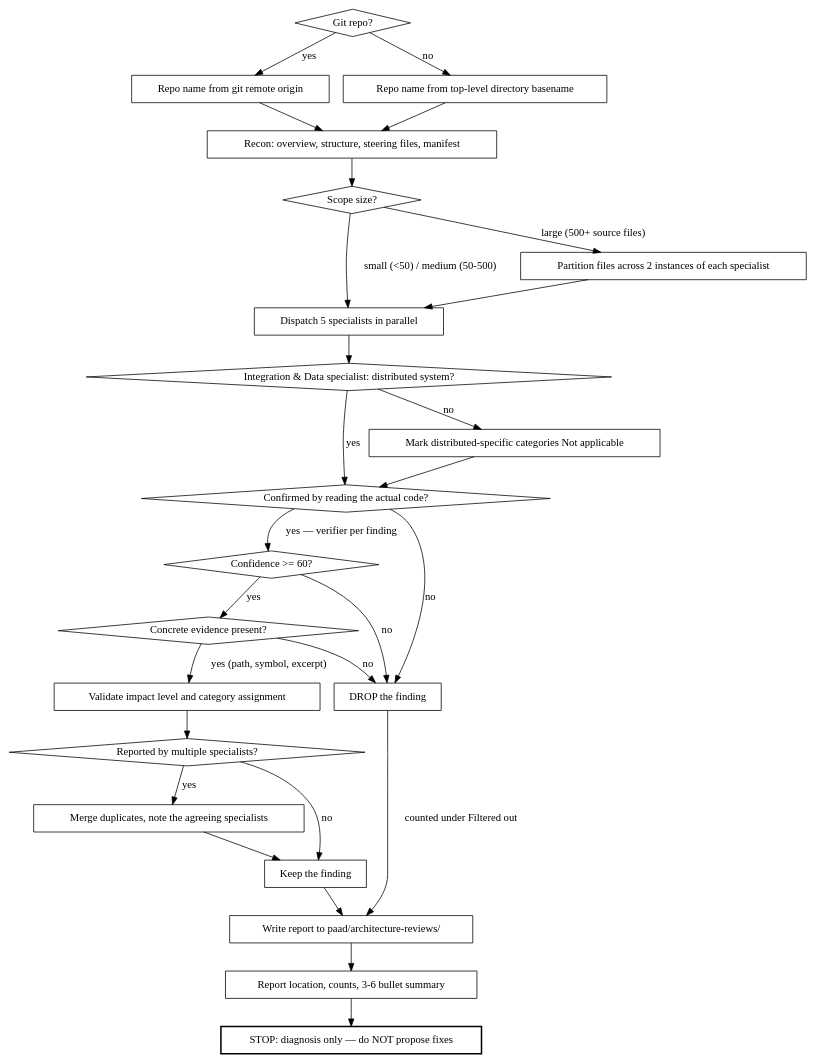
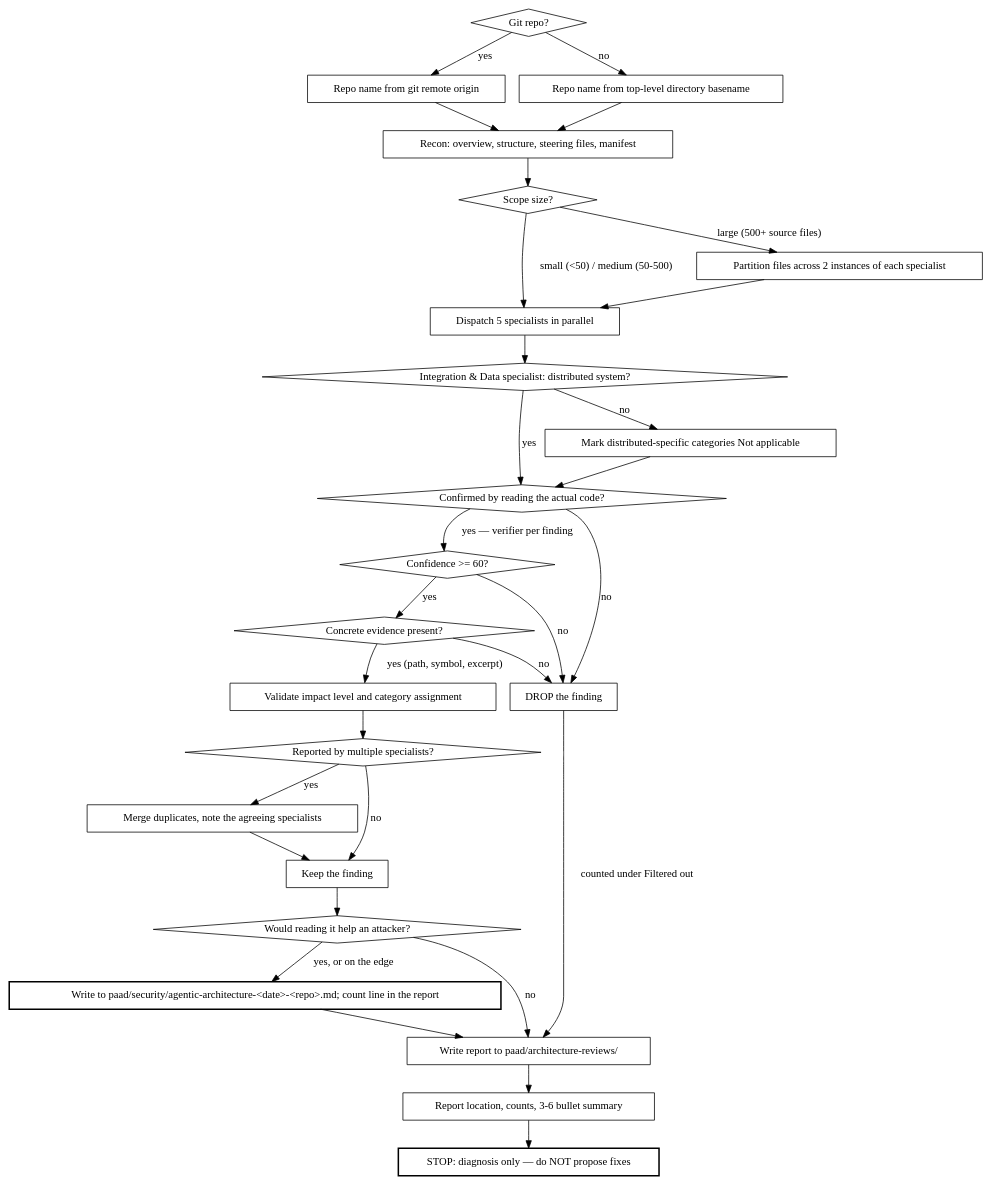
One commit to Ovid/paad changed the second of 2 diagrams in preview/paad/skills/agentic-architecture/SKILL.md. Above: the diagram before and after it, drawn with Graphviz. The commit also changed other lines of this file, not shown here.

Commit message:
agentic-architecture: route security findings to paad/security/
Claude-Session: https://claude.ai/code/session_01A487fo26UJL2VPNT6SLmux

````diff
--- a/preview/paad/skills/agentic-architecture/SKILL.md
+++ b/preview/paad/skills/agentic-architecture/SKILL.md
@@ -37,55 +37,60 @@
 ```dot
 digraph analysis_flow {
   "Git repo?" [shape=diamond];
   "Scope size?" [shape=diamond];
   "Integration & Data specialist: distributed system?" [shape=diamond];
   "Confirmed by reading the actual code?" [shape=diamond];
   "Confidence >= 60?" [shape=diamond];
   "Concrete evidence present?" [shape=diamond];
   "Reported by multiple specialists?" [shape=diamond];
 
   "Repo name from git remote origin" [shape=box];
   "Repo name from top-level directory basename" [shape=box];
   "Recon: overview, structure, steering files, manifest" [shape=box];
   "Dispatch 5 specialists in parallel" [shape=box];
   "Partition files across 2 instances of each specialist" [shape=box];
   "Mark distributed-specific categories Not applicable" [shape=box];
   "Validate impact level and category assignment" [shape=box];
   "Merge duplicates, note the agreeing specialists" [shape=box];
   "DROP the finding" [shape=box];
   "Keep the finding" [shape=box];
+  "Would reading it help an attacker?" [shape=diamond];
+  "Write to paad/security/agentic-architecture-<date>-<repo>.md; count line in the report" [shape=box, style=bold];
   "Write report to paad/architecture-reviews/" [shape=box];
   "Report location, counts, 3-6 bullet summary" [shape=box];
   "STOP: diagnosis only — do NOT propose fixes" [shape=box, style=bold];
 
   "Git repo?" -> "Repo name from git remote origin" [label="yes"];
   "Git repo?" -> "Repo name from top-level directory basename" [label="no"];
   "Repo name from git remote origin" -> "Recon: overview, structure, steering files, manifest";
   "Repo name from top-level directory basename" -> "Recon: overview, structure, steering files, manifest";
   "Recon: overview, structure, steering files, manifest" -> "Scope size?";
 
   "Scope size?" -> "Dispatch 5 specialists in parallel" [label="small (<50) / medium (50-500)"];
   "Scope size?" -> "Partition files across 2 instances of each specialist" [label="large (500+ source files)"];
   "Partition files across 2 instances of each specialist" -> "Dispatch 5 specialists in parallel";
   "Dispatch 5 specialists in parallel" -> "Integration & Data specialist: distributed system?";
   "Integration & Data specialist: distributed system?" -> "Confirmed by reading the actual code?" [label="yes"];
   "Integration & Data specialist: distributed system?" -> "Mark distributed-specific categories Not applicable" [label="no"];
   "Mark distributed-specific categories Not applicable" -> "Confirmed by reading the actual code?";
 
   "Confirmed by reading the actual code?" -> "Confidence >= 60?" [label="yes — verifier per finding"];
   "Confirmed by reading the actual code?" -> "DROP the finding" [label="no"];
   "Confidence >= 60?" -> "Concrete evidence present?" [label="yes"];
   "Confidence >= 60?" -> "DROP the finding" [label="no"];
   "Concrete evidence present?" -> "Validate impact level and category assignment" [label="yes (path, symbol, excerpt)"];
   "Concrete evidence present?" -> "DROP the finding" [label="no"];
   "Validate impact level and category assignment" -> "Reported by multiple specialists?";
   "Reported by multiple specialists?" -> "Merge duplicates, note the agreeing specialists" [label="yes"];
   "Reported by multiple specialists?" -> "Keep the finding" [label="no"];
   "Merge duplicates, note the agreeing specialists" -> "Keep the finding";
 
-  "Keep the finding" -> "Write report to paad/architecture-reviews/";
+  "Keep the finding" -> "Would reading it help an attacker?";
+  "Would reading it help an attacker?" -> "Write to paad/security/agentic-architecture-<date>-<repo>.md; count line in the report" [label="yes, or on the edge"];
+  "Would reading it help an attacker?" -> "Write report to paad/architecture-reviews/" [label="no"];
+  "Write to paad/security/agentic-architecture-<date>-<repo>.md; count line in the report" -> "Write report to paad/architecture-reviews/";
   "DROP the finding" -> "Write report to paad/architecture-reviews/" [label="counted under Filtered out"];
   "Write report to paad/architecture-reviews/" -> "Report location, counts, 3-6 bullet summary";
   "Report location, counts, 3-6 bullet summary" -> "STOP: diagnosis only — do NOT propose fixes";
 }
 ```
````
